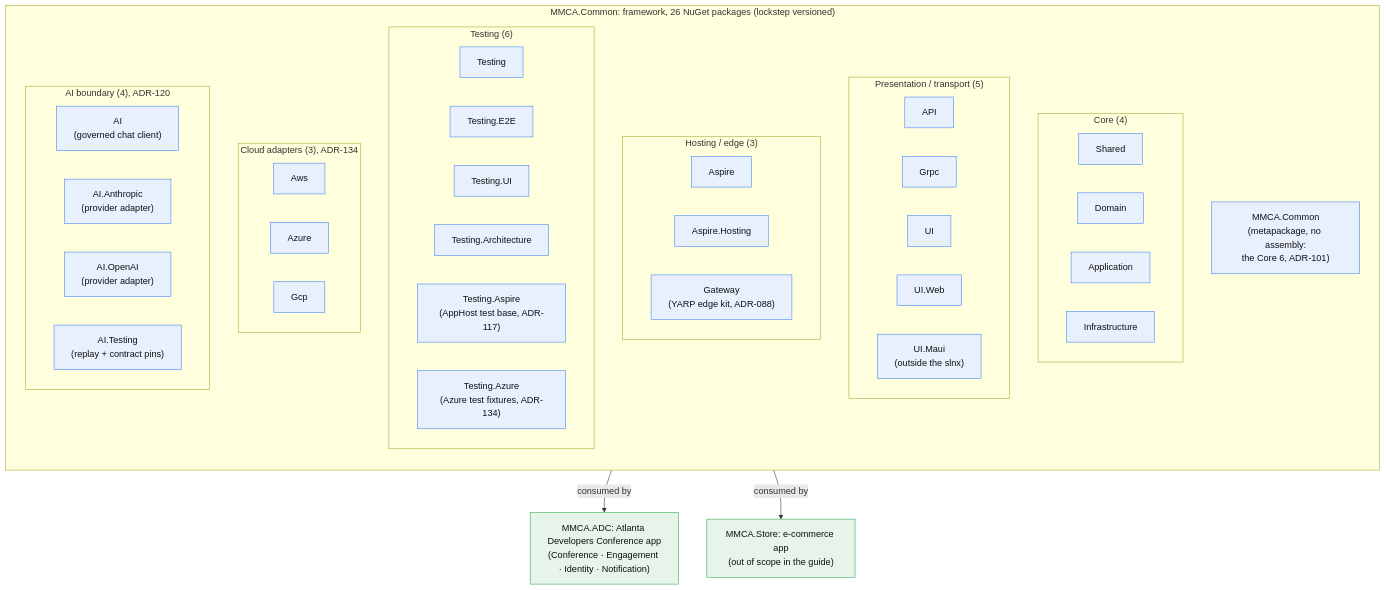
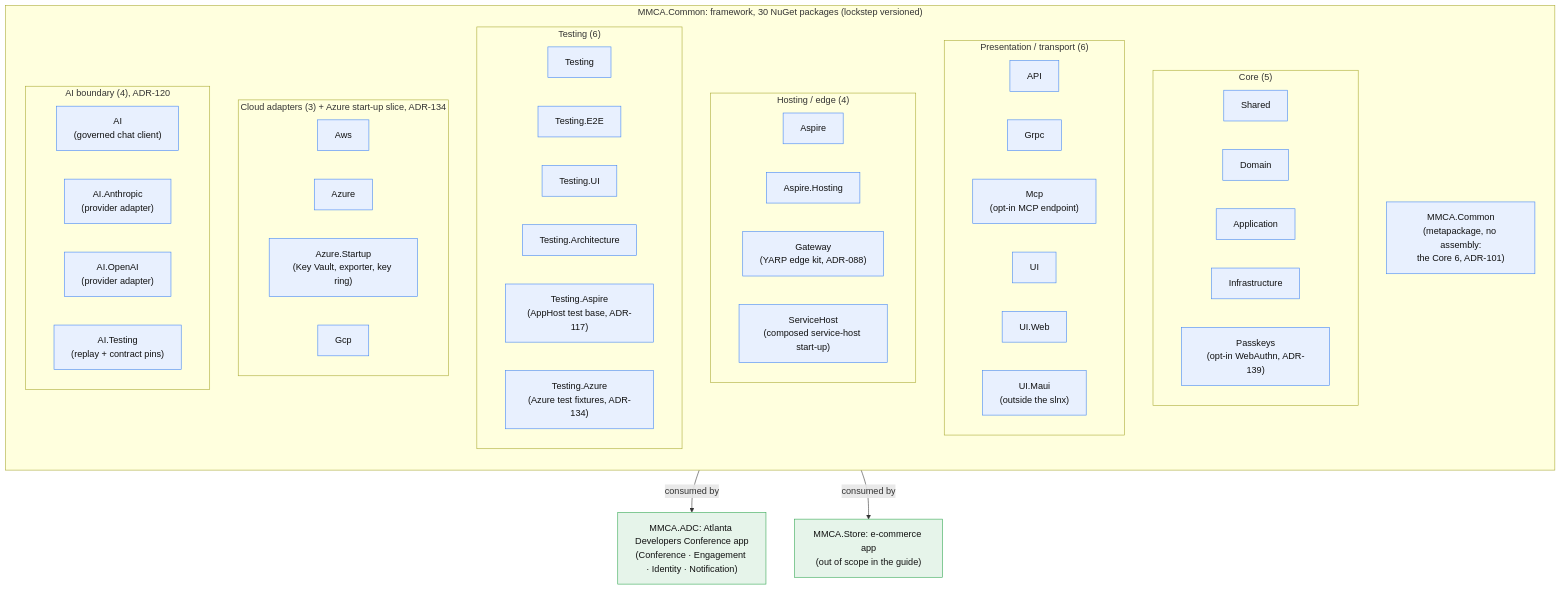
The first of 15 diagrams in docs-src/onboarding/CONCEPT-MAPS.md (ivanball/ivanball.github.io), drawn with Mermaid before and after one commit. The commit also changed other lines of this file and 83 other files, not shown here.

````diff
--- a/docs-src/onboarding/CONCEPT-MAPS.md
+++ b/docs-src/onboarding/CONCEPT-MAPS.md
@@ -43,55 +50,59 @@
 ```mermaid
 flowchart TD
-    subgraph COMMON["MMCA.Common: framework, 26 NuGet packages (lockstep versioned)"]
+    subgraph COMMON["MMCA.Common: framework, 30 NuGet packages (lockstep versioned)"]
         direction TB
-        subgraph CORE["Core (4)"]
+        subgraph CORE["Core (5)"]
             SH["Shared"]
             DOM["Domain"]
             APP["Application"]
             INF["Infrastructure"]
+            PK["Passkeys<br/>(opt-in WebAuthn, ADR-139)"]
         end
-        subgraph PRES["Presentation / transport (5)"]
+        subgraph PRES["Presentation / transport (6)"]
             API["API"]
             GRPC["Grpc"]
+            MCP["Mcp<br/>(opt-in MCP endpoint)"]
             UI["UI"]
             UIW["UI.Web"]
             UIM["UI.Maui<br/>(outside the slnx)"]
         end
-        subgraph HOSTPK["Hosting / edge (3)"]
+        subgraph HOSTPK["Hosting / edge (4)"]
             ASPIRE["Aspire"]
             ASPH["Aspire.Hosting"]
             GWPK["Gateway<br/>(YARP edge kit, ADR-088)"]
+            SHOST["ServiceHost<br/>(composed service-host start-up)"]
         end
         subgraph TEST["Testing (6)"]
             T1["Testing"]
             T2["Testing.E2E"]
             T3["Testing.UI"]
             T4["Testing.Architecture"]
             T5["Testing.Aspire<br/>(AppHost test base, ADR-117)"]
             T6["Testing.Azure<br/>(Azure test fixtures, ADR-134)"]
         end
-        subgraph CLOUD["Cloud adapters (3), ADR-134"]
+        subgraph CLOUD["Cloud adapters (3) + Azure start-up slice, ADR-134"]
             AWS["Aws"]
             AZ["Azure"]
+            AZS["Azure.Startup<br/>(Key Vault, exporter, key ring)"]
             GCP["Gcp"]
         end
         subgraph AIFAM["AI boundary (4), ADR-120"]
             AIPK["AI<br/>(governed chat client)"]
             AIA["AI.Anthropic<br/>(provider adapter)"]
             AIO["AI.OpenAI<br/>(provider adapter)"]
             AIT["AI.Testing<br/>(replay + contract pins)"]
         end
         META["MMCA.Common<br/>(metapackage, no assembly:<br/>the Core 6, ADR-101)"]
     end
 
     ADC["MMCA.ADC: Atlanta Developers Conference app<br/>(Conference · Engagement · Identity · Notification)"]
     STORE["MMCA.Store: e-commerce app<br/>(out of scope in the guide)"]
 
     COMMON -->|"consumed by"| ADC
     COMMON -->|"consumed by"| STORE
 
     classDef fw fill:#e8f0fe,stroke:#4285f4,color:#111
     classDef con fill:#e6f4ea,stroke:#34a853,color:#111
-    class SH,DOM,APP,INF,API,GRPC,UI,UIW,UIM,ASPIRE,ASPH,GWPK,T1,T2,T3,T4,T5,T6,AWS,AZ,GCP,AIPK,AIA,AIO,AIT,META fw
+    class SH,DOM,APP,INF,PK,API,GRPC,MCP,UI,UIW,UIM,ASPIRE,ASPH,GWPK,SHOST,T1,T2,T3,T4,T5,T6,AWS,AZ,AZS,GCP,AIPK,AIA,AIO,AIT,META fw
     class ADC,STORE con
 ```
````
